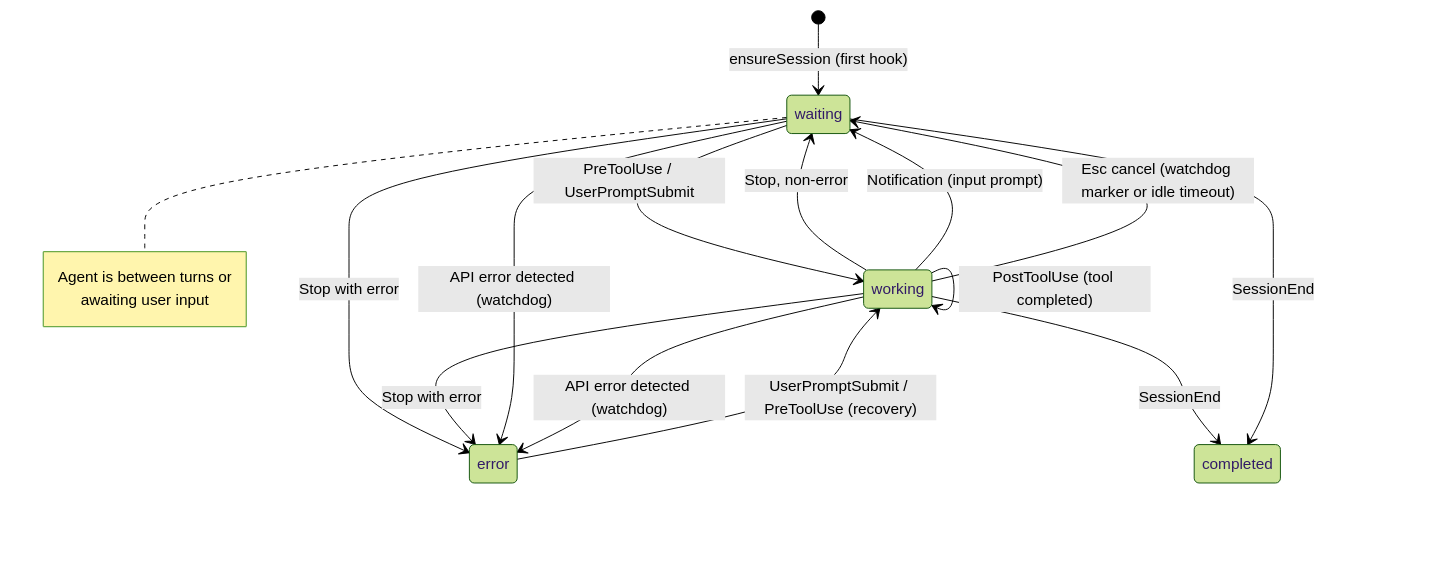
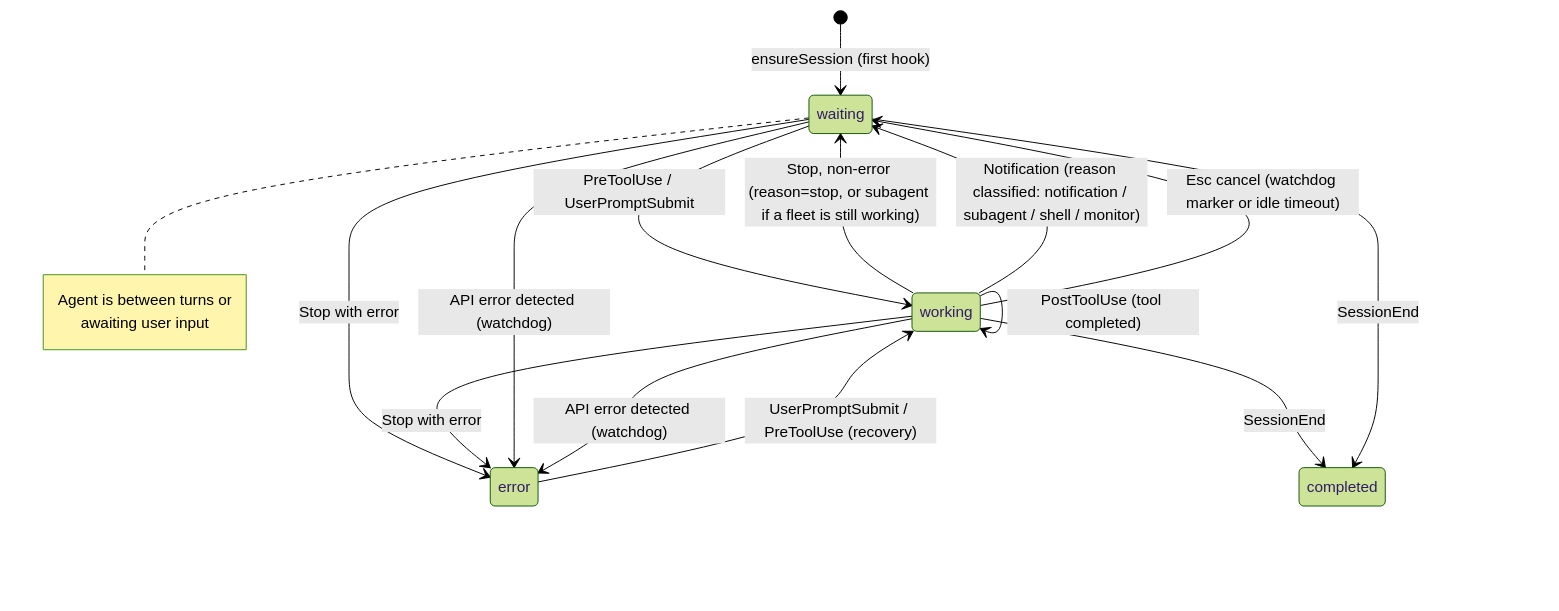
The fourth of 23 diagrams in README.md (hoangsonww/Claude-Code-Agent-Monitor), drawn with Mermaid (forest theme) before and after one commit. The commit also changed other lines of this file and 28 other files, not shown here.

First line of the commit message:
feat(status): distinguish subagent/shell/monitor as active-work awaiting reasons

````diff
--- a/README.md
+++ b/README.md
@@ -540,21 +540,21 @@
 ```mermaid
 stateDiagram-v2
     [*] --> waiting: ensureSession (first hook)
     waiting --> working: PreToolUse / UserPromptSubmit
     working --> working: PostToolUse (tool completed)
-    working --> waiting: Stop, non-error
-    working --> waiting: Notification (input prompt)
+    working --> waiting: Stop, non-error (reason=stop, or subagent if a fleet is still working)
+    working --> waiting: Notification (reason classified: notification / subagent / shell / monitor)
     working --> waiting: Esc cancel (watchdog marker or idle timeout)
     waiting --> error: Stop with error
     working --> error: Stop with error
     waiting --> error: API error detected (watchdog)
     working --> error: API error detected (watchdog)
     error --> working: UserPromptSubmit / PreToolUse (recovery)
     working --> completed: SessionEnd
     waiting --> completed: SessionEnd
 
     note right of waiting
         Agent is between turns or
         awaiting user input
     end note
 ```
````
